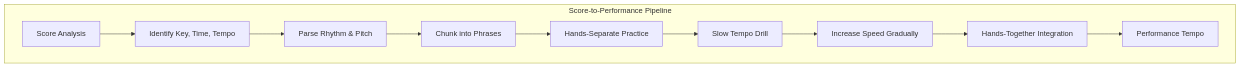
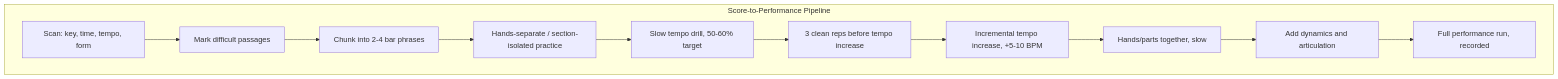
Before and after one commit to blebleblee/synapse: the third of 3 diagrams in topics/arts/composition/notation/lesson_02_notation_forms.md, drawn with Mermaid. The commit also changed other lines of this file and 3 other files, not shown here.

````diff
--- a/topics/arts/composition/notation/lesson_02_notation_forms.md
+++ b/topics/arts/composition/notation/lesson_02_notation_forms.md
@@ -358,13 +360,14 @@
 ```mermaid
 graph TD
     subgraph sub_workflow ["Score-to-Performance Pipeline"]
-        A["Score Analysis"] --> B["Identify Key, Time, Tempo"]
-        B --> C["Parse Rhythm & Pitch"]
-        C --> D["Chunk into Phrases"]
-        D --> E["Hands-Separate Practice"]
-        E --> F["Slow Tempo Drill"]
-        F --> G["Increase Speed Gradually"]
-        G --> H["Hands-Together Integration"]
-        H --> I["Performance Tempo"]
+        A["Scan: key, time, tempo, form"] --> B["Mark difficult passages"]
+        B --> C["Chunk into 2-4 bar phrases"]
+        C --> D["Hands-separate / section-isolated practice"]
+        D --> E["Slow tempo drill, 50-60% target"]
+        E --> F["3 clean reps before tempo increase"]
+        F --> G["Incremental tempo increase, +5-10 BPM"]
+        G --> H["Hands/parts together, slow"]
+        H --> I["Add dynamics and articulation"]
+        I --> J["Full performance run, recorded"]
     end
 ```
````
